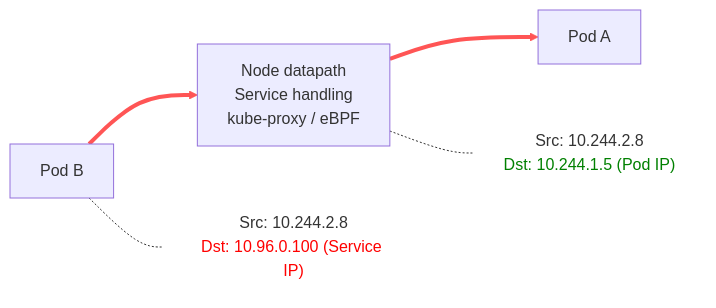
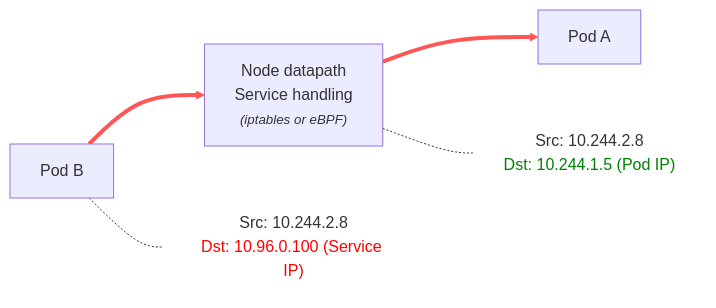
One commit to SRodi/srodi.github.io changed the ninth of 15 diagrams in _posts/2025-03-17-kubecon.md. Above: the diagram before and after it, drawn with Mermaid. The commit also changed other lines of this file, not shown here.

Commit message:
kubecon diagrams submitted

````diff
--- a/_posts/2025-03-17-kubecon.md
+++ b/_posts/2025-03-17-kubecon.md
@@ -124,18 +177,18 @@
 ```mermaid
 graph LR
     direction LR
-    C[Pod B] --> N[Node datapath<br>Service handling<br>kube-proxy / eBPF]
+    C[Pod B] --> N["Node datapath<br>Service handling<br><i><small>(iptables or eBPF)</small></i>"]
     N --> P[Pod A]
     
     lbl1["Src: 10.244.2.8<br><span style='color:red'>Dst: 10.96.0.100 (Service IP)</span>"]
     lbl2["Src: 10.244.2.8<br><span style='color:green'>Dst: 10.244.1.5 (Pod IP)</span>"]
 
     C -.- lbl1
     N -.- lbl2
 
     classDef plainLabel fill:none,stroke:none;
     class lbl1,lbl2 plainLabel;
 
     %% Highlight the packet flow
     linkStyle 0,1 stroke:#ff5555,stroke-width:4px;
 ```
````
